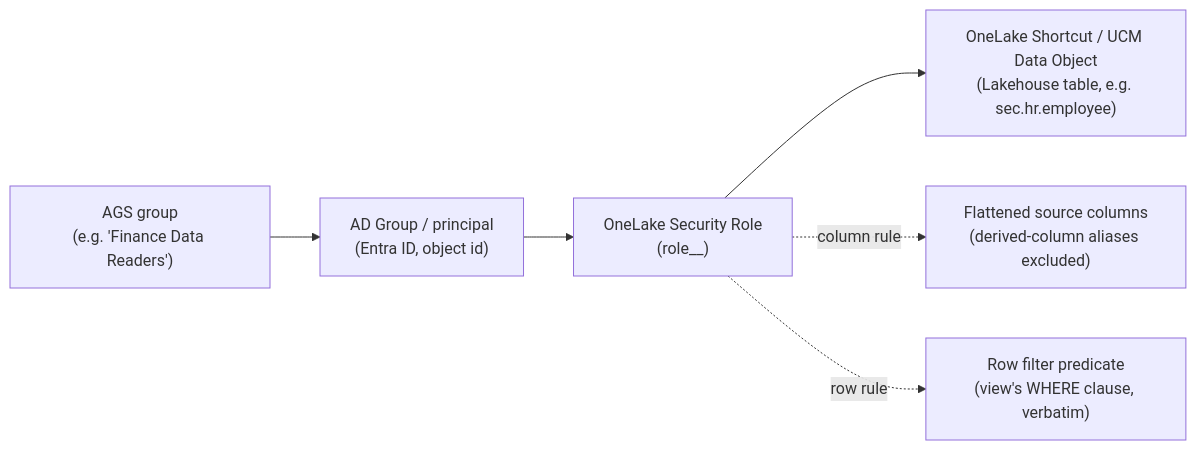
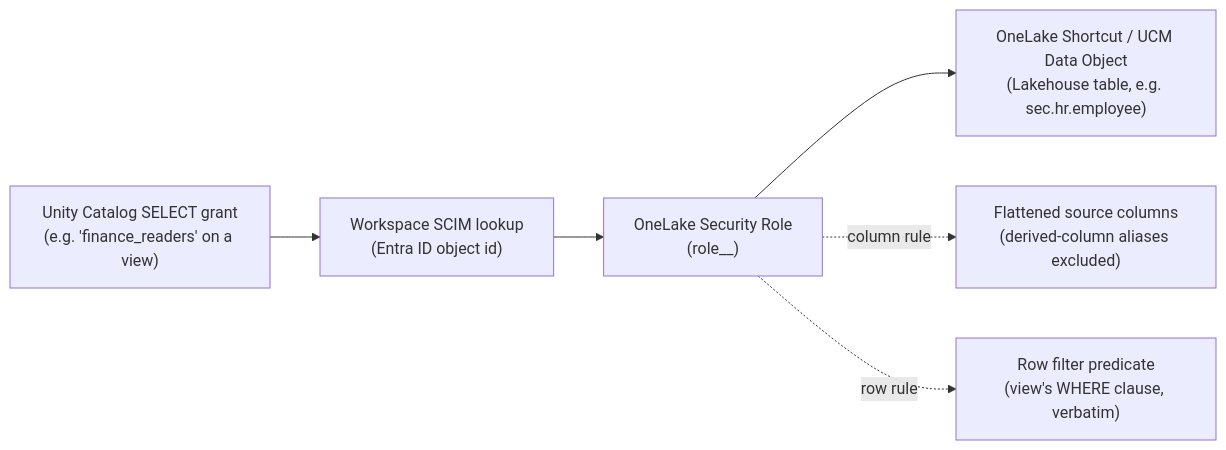
The second of 3 diagrams in docs/architecture.md (hariallaka/ADB-Fabric-Sec-Mig), drawn with Mermaid before and after one commit. The commit also changed other lines of this file and 24 other files, not shown here.

````diff
--- a/docs/architecture.md
+++ b/docs/architecture.md
@@ -28,8 +28,8 @@
 ```mermaid
 flowchart LR
-    AGS["AGS group\n(e.g. 'Finance Data Readers')"] --> ADG["AD Group / principal\n(Entra ID, object id)"]
-    ADG --> ROLE["OneLake Security Role\n(role_<table>_<principal>)"]
+    UC["Unity Catalog SELECT grant\n(e.g. 'finance_readers' on a view)"] --> SCIM["Workspace SCIM lookup\n(Entra ID object id)"]
+    SCIM --> ROLE["OneLake Security Role\n(role_<table>_<principal>)"]
     ROLE --> OBJ["OneLake Shortcut / UCM Data Object\n(Lakehouse table, e.g. sec.hr.employee)"]
     ROLE -.column rule.-> COL["Flattened source columns\n(derived-column aliases excluded)"]
     ROLE -.row rule.-> ROW["Row filter predicate\n(view's WHERE clause, verbatim)"]
 ```
````
